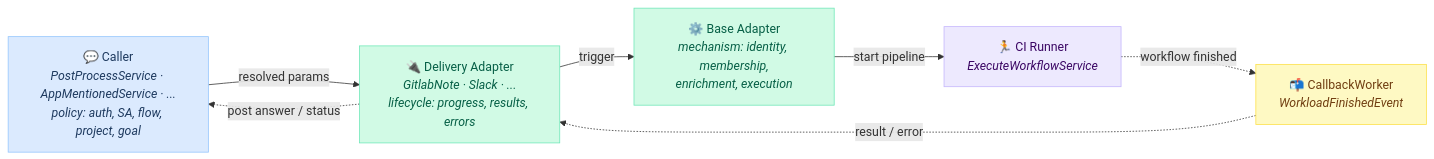
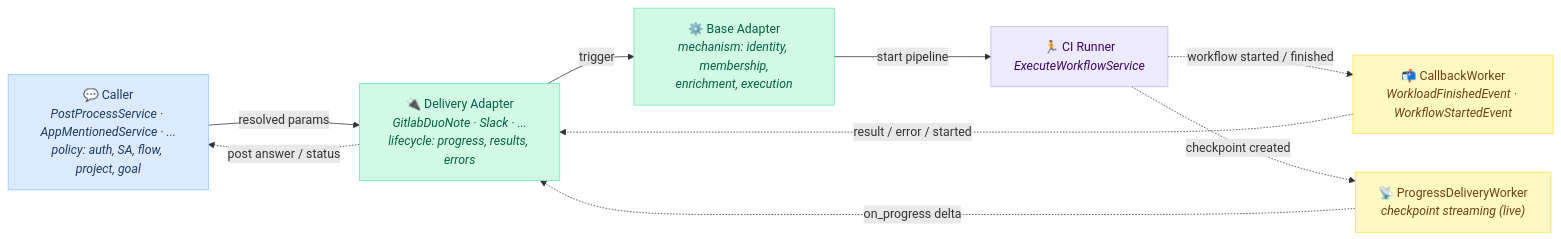
The first of 4 diagrams in content/handbook/engineering/architecture/design-documents/duo_workflow/decisions/008_duo_messaging_service.md (kyama0/gitlab-handbook-ja), drawn with Mermaid before and after one commit. The commit also changed other lines of this file and 123 other files, not shown here.

````diff
--- a/content/handbook/engineering/architecture/design-documents/duo_workflow/decisions/008_duo_messaging_service.md
+++ b/content/handbook/engineering/architecture/design-documents/duo_workflow/decisions/008_duo_messaging_service.md
@@ -50,25 +50,28 @@
 ```mermaid
 graph LR
     classDef surface fill:#dbeafe,stroke:#93c5fd,color:#1e3a5f
     classDef adapter fill:#d1fae5,stroke:#6ee7b7,color:#065f46
     classDef execution fill:#ede9fe,stroke:#c4b5fd,color:#3b0764
     classDef callback fill:#fef9c3,stroke:#fde047,color:#713f12
 
     Caller["💬 Caller<br/><i>PostProcessService · AppMentionedService · ...</i><br/><i>policy: auth, SA, flow, project, goal</i>"]
-    Adapter["🔌 Delivery Adapter<br/><i>GitlabNote · Slack · ...</i><br/><i>lifecycle: progress, results, errors</i>"]
+    Adapter["🔌 Delivery Adapter<br/><i>GitlabDuoNote · Slack · ...</i><br/><i>lifecycle: progress, results, errors</i>"]
     Base["⚙️ Base Adapter<br/><i>mechanism: identity, membership,<br/>enrichment, execution</i>"]
     CI["🏃 CI Runner<br/><i>ExecuteWorkflowService</i>"]
-    CW["📬 CallbackWorker<br/><i>WorkloadFinishedEvent</i>"]
+    CW["📬 CallbackWorker<br/><i>WorkloadFinishedEvent · WorkflowStartedEvent</i>"]
+    PW["📡 ProgressDeliveryWorker<br/><i>checkpoint streaming (live)</i>"]
 
     Caller -->|"resolved params"| Adapter
     Adapter -->|"trigger"| Base
     Base -->|"start pipeline"| CI
-    CI -.->|"workflow finished"| CW
-    CW -.->|"result / error"| Adapter
+    CI -.->|"workflow started / finished"| CW
+    CI -.->|"checkpoint created"| PW
+    CW -.->|"result / error / started"| Adapter
+    PW -.->|"on_progress delta"| Adapter
     Adapter -.->|"post answer / status"| Caller
 
     class Caller surface
     class Adapter,Base adapter
     class CI execution
-    class CW callback
+    class CW,PW callback
 ```
````
